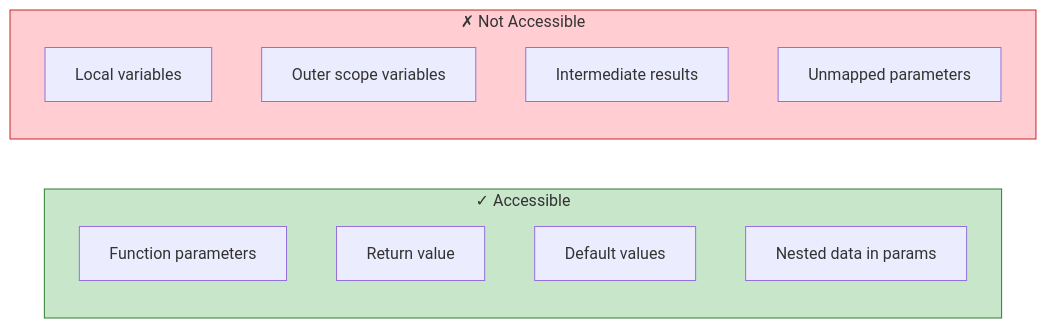
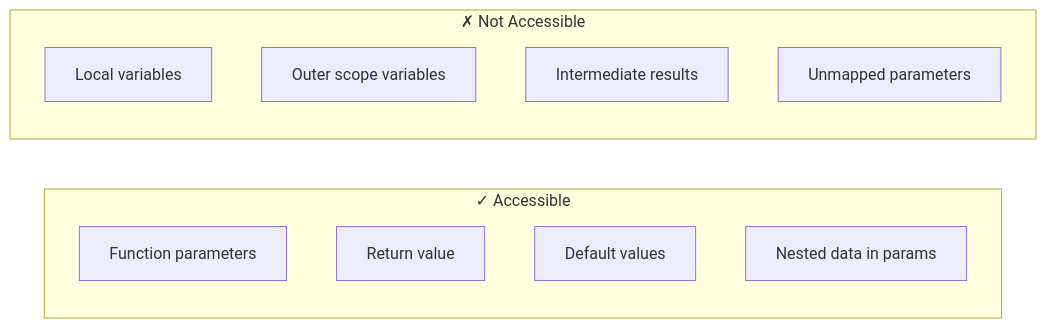
The sixth of 11 diagrams in diagrams/08-protect-decorator-flow.md (agentcontrol/agent-control), drawn with Mermaid before and after one commit. The commit also changed other lines of this file and 9 other files, not shown here.

````diff
--- a/diagrams/08-protect-decorator-flow.md
+++ b/diagrams/08-protect-decorator-flow.md
@@ -139,19 +125,16 @@
 ```mermaid
 flowchart LR
     subgraph can["✓ Accessible"]
         p1["Function parameters"]
         p2["Return value"]
         p3["Default values"]
         p4["Nested data in params"]
     end
 
     subgraph cannot["✗ Not Accessible"]
         n1["Local variables"]
         n2["Outer scope variables"]
         n3["Intermediate results"]
         n4["Unmapped parameters"]
     end
-
-    style can fill:#c8e6c9,stroke:#2e7d32
-    style cannot fill:#ffcdd2,stroke:#c62828
 ```
````
